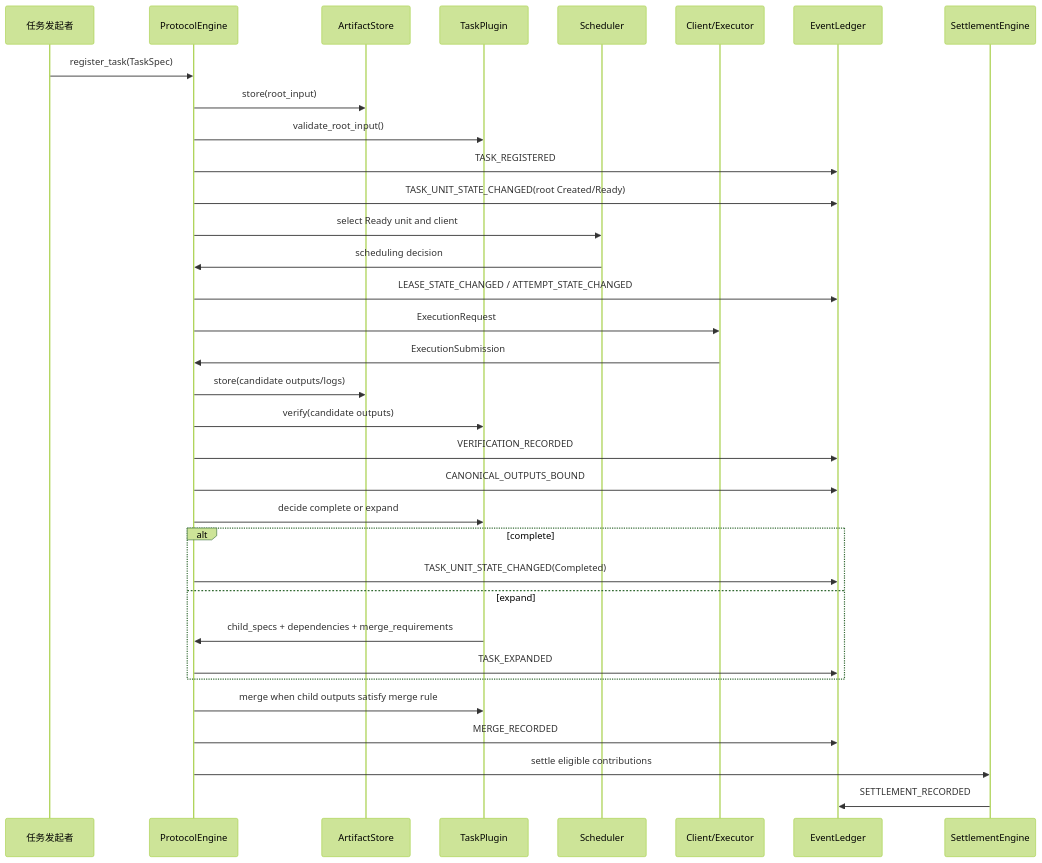
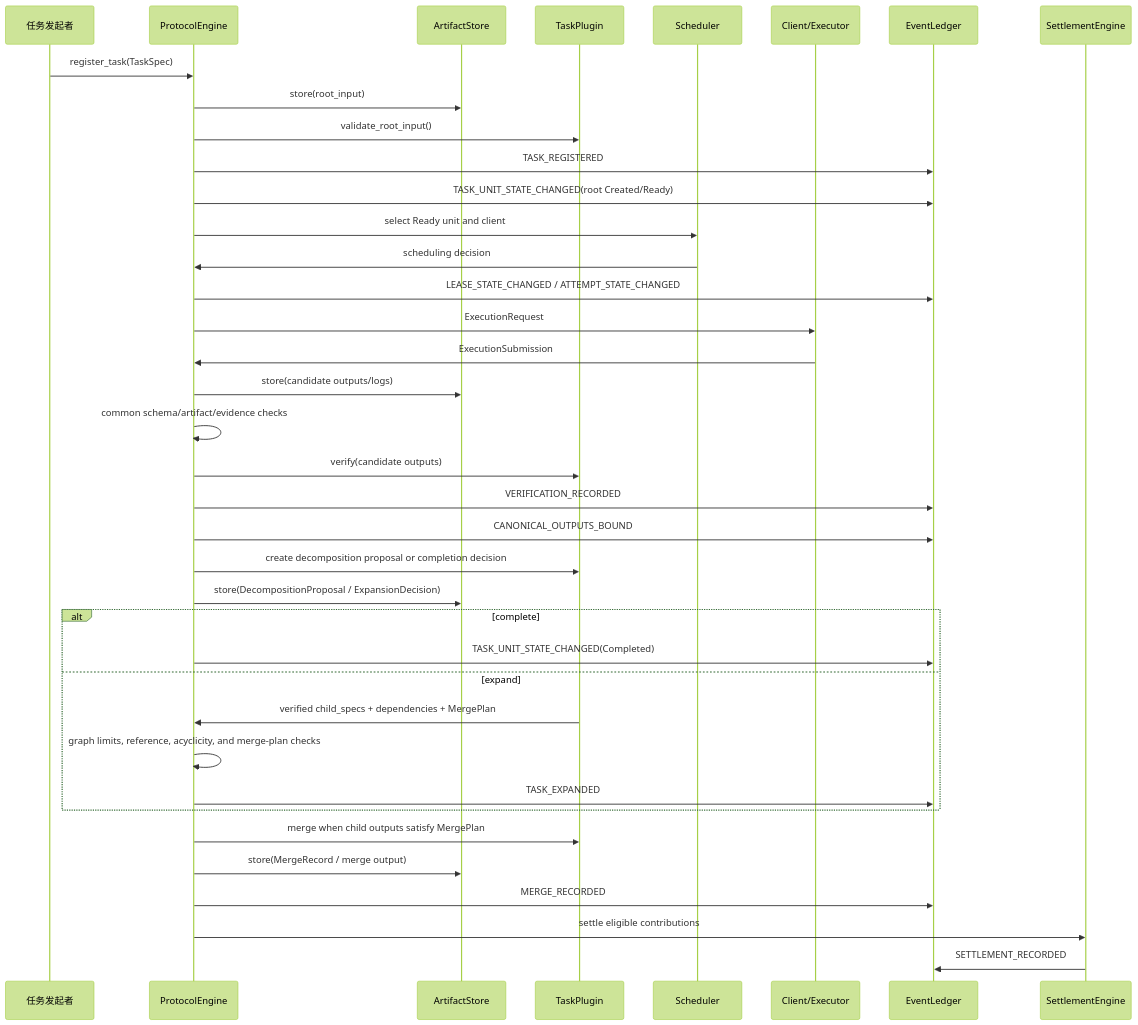
The second of 2 diagrams in Doc/TechnicalDocument/2026-06-03-tokenshare-protocol-technical-design.md (BriasedTu/TokenShare), drawn with Mermaid (forest theme) before and after one commit. The commit also changed other lines of this file and 25 other files, not shown here.

````diff
--- a/Doc/TechnicalDocument/2026-06-03-tokenshare-protocol-technical-design.md
+++ b/Doc/TechnicalDocument/2026-06-03-tokenshare-protocol-technical-design.md
@@ -255,37 +268,41 @@
 ```mermaid
 sequenceDiagram
     participant U as 任务发起者
     participant E as ProtocolEngine
     participant A as ArtifactStore
     participant P as TaskPlugin
     participant S as Scheduler
     participant C as Client/Executor
     participant L as EventLedger
     participant M as SettlementEngine
 
     U->>E: register_task(TaskSpec)
     E->>A: store(root_input)
     E->>P: validate_root_input()
     E->>L: TASK_REGISTERED
     E->>L: TASK_UNIT_STATE_CHANGED(root Created/Ready)
     E->>S: select Ready unit and client
     S->>E: scheduling decision
     E->>L: LEASE_STATE_CHANGED / ATTEMPT_STATE_CHANGED
     E->>C: ExecutionRequest
     C->>E: ExecutionSubmission
     E->>A: store(candidate outputs/logs)
+    E->>E: common schema/artifact/evidence checks
     E->>P: verify(candidate outputs)
     E->>L: VERIFICATION_RECORDED
     E->>L: CANONICAL_OUTPUTS_BOUND
-    E->>P: decide complete or expand
+    E->>P: create decomposition proposal or completion decision
+    E->>A: store(DecompositionProposal / ExpansionDecision)
     alt complete
         E->>L: TASK_UNIT_STATE_CHANGED(Completed)
     else expand
-        P->>E: child_specs + dependencies + merge_requirements
+        P->>E: verified child_specs + dependencies + MergePlan
+        E->>E: graph limits, reference, acyclicity, and merge-plan checks
         E->>L: TASK_EXPANDED
     end
-    E->>P: merge when child outputs satisfy merge rule
+    E->>P: merge when child outputs satisfy MergePlan
+    E->>A: store(MergeRecord / merge output)
     E->>L: MERGE_RECORDED
     E->>M: settle eligible contributions
     M->>L: SETTLEMENT_RECORDED
 ```
````
